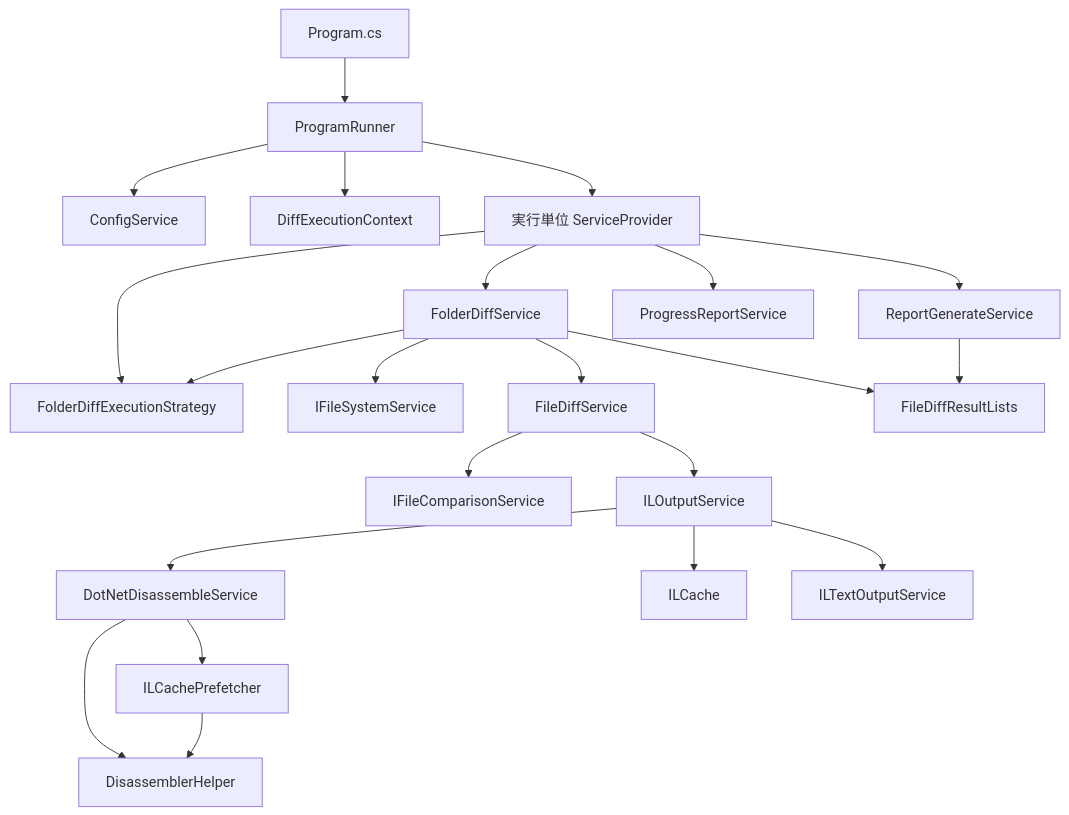
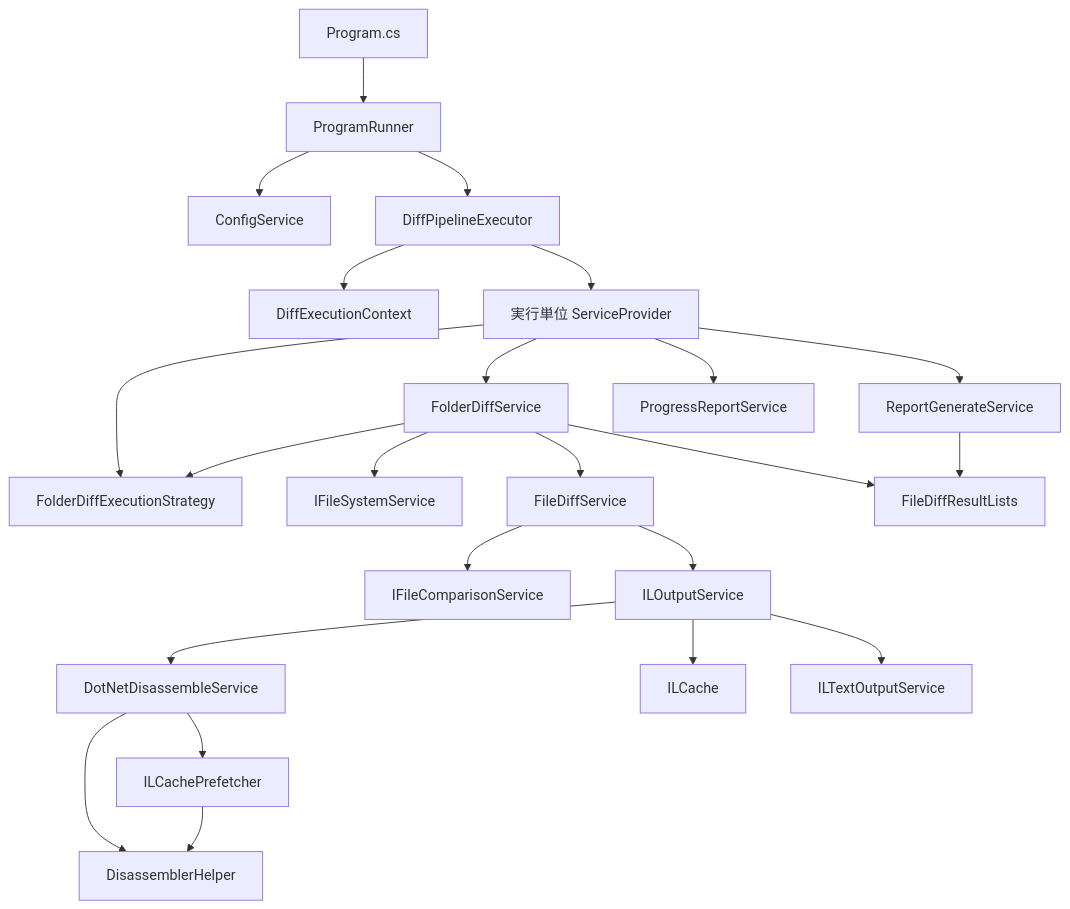
Before and after one commit to Widthdom/FolderDiffIL4DotNet: the sixth of 10 diagrams in doc/DEVELOPER_GUIDE.md, drawn with Mermaid. The commit also changed other lines of this file and 3 other files, not shown here.

First line of the commit message:
Extract DiffPipelineExecutor from ProgramRunner for better separation of concerns

````diff
--- a/doc/DEVELOPER_GUIDE.md
+++ b/doc/DEVELOPER_GUIDE.md
@@ -1073,25 +1076,26 @@
 ```mermaid
 flowchart TD
     A["Program.cs"] --> B["ProgramRunner"]
     B --> C["ConfigService"]
-    B --> D["DiffExecutionContext"]
-    B --> E["実行単位 ServiceProvider"]
+    B --> T["DiffPipelineExecutor"]
+    T --> D["DiffExecutionContext"]
+    T --> E["実行単位 ServiceProvider"]
     E --> F["FolderDiffService"]
     E --> Q["FolderDiffExecutionStrategy"]
     E --> G["ReportGenerateService"]
     E --> H["ProgressReportService"]
     F --> I["IFileSystemService"]
     F --> Q
     F --> J["FileDiffService"]
     J --> K["IFileComparisonService"]
     J --> L["ILOutputService"]
     L --> M["DotNetDisassembleService"]
     M --> R["ILCachePrefetcher"]
     M --> S["DisassemblerHelper"]
     R --> S
     L --> N["ILCache"]
     L --> O["ILTextOutputService"]
     F --> P["FileDiffResultLists"]
     G --> P
     click P href "../Models/FileDiffResultLists.cs" "Open FileDiffResultLists"
 ```
````
